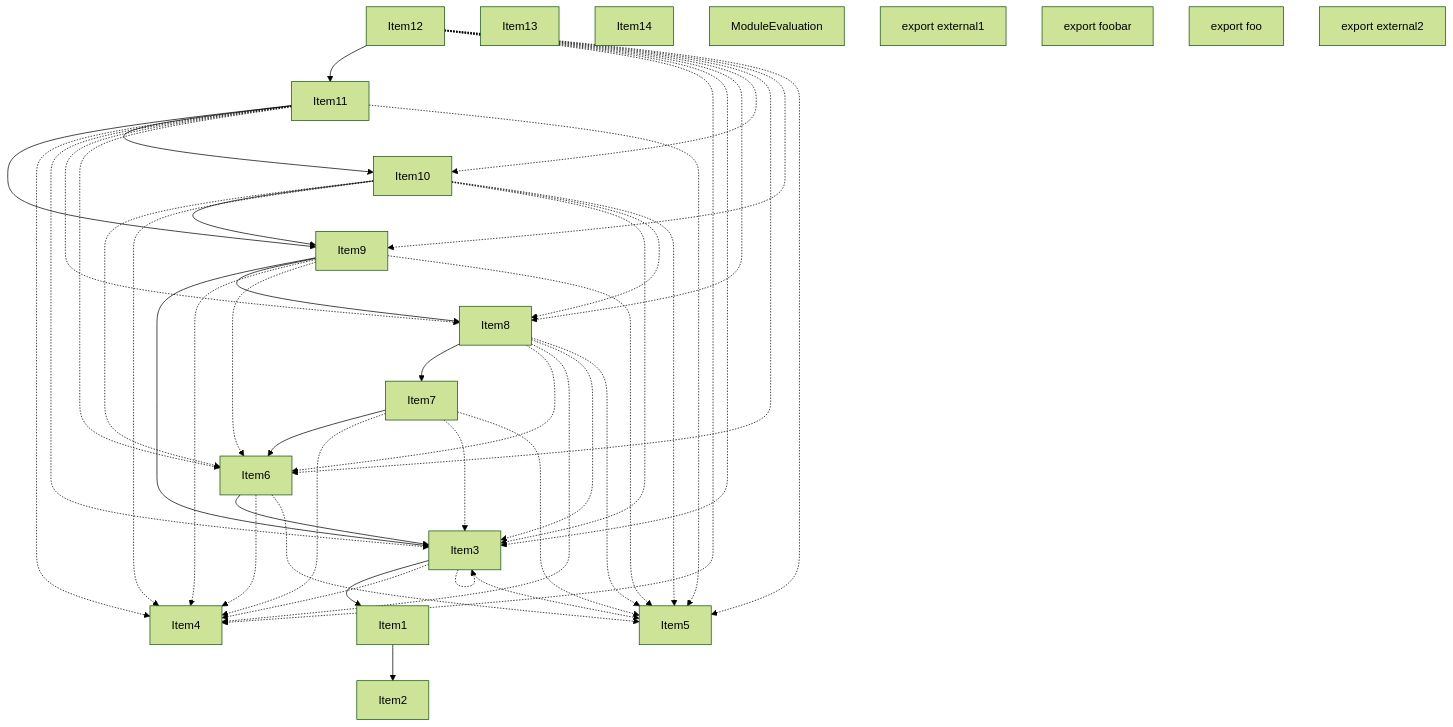
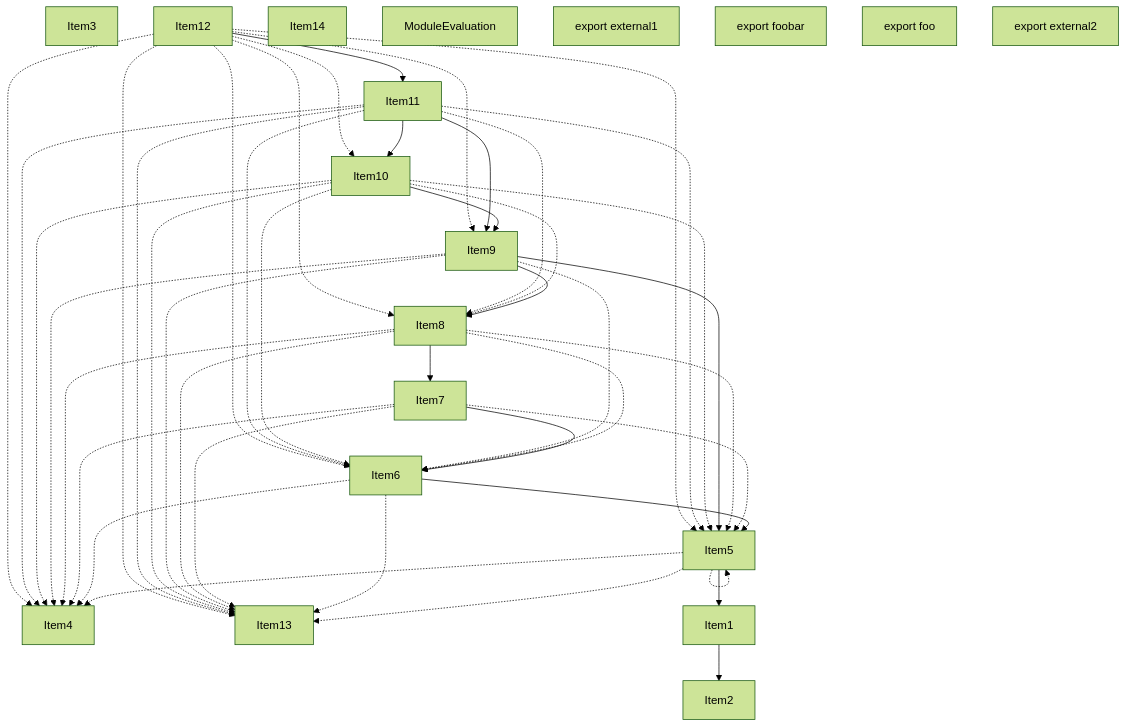
One commit to vercel/turborepo changed the second of 4 diagrams in crates/turbopack-ecmascript/tests/tree-shaker/analyzer/2/output.md. Above: the diagram before and after it, drawn with Mermaid (forest theme). The commit also changed other lines of this file and 3 other files, not shown here.

````diff
--- a/crates/turbopack-ecmascript/tests/tree-shaker/analyzer/2/output.md
+++ b/crates/turbopack-ecmascript/tests/tree-shaker/analyzer/2/output.md
@@ -180,70 +180,70 @@
 ```mermaid
 graph TD
-    Item1;
+    Item3;
     Item2;
-    Item3;
     Item4;
     Item5;
     Item6;
     Item7;
     Item8;
     Item9;
     Item10;
     Item11;
     Item12;
     Item13;
     Item14;
+    Item1;
     Item15;
     Item15["ModuleEvaluation"];
     Item16;
     Item16["export external1"];
     Item17;
     Item17["export foobar"];
     Item18;
     Item18["export foo"];
     Item19;
     Item19["export external2"];
     Item1 --> Item2;
-    Item3 --> Item1;
-    Item3 -.-> Item4;
-    Item3 -.-> Item3;
-    Item3 -.-> Item5;
-    Item6 --> Item3;
+    Item5 --> Item1;
+    Item5 -.-> Item13;
+    Item5 -.-> Item5;
+    Item5 -.-> Item4;
+    Item6 --> Item5;
+    Item6 -.-> Item13;
     Item6 -.-> Item4;
-    Item6 -.-> Item5;
     Item7 --> Item6;
+    Item7 -.-> Item13;
+    Item7 -.-> Item5;
     Item7 -.-> Item4;
-    Item7 -.-> Item3;
-    Item7 -.-> Item5;
     Item8 --> Item7;
     Item8 -.-> Item6;
+    Item8 -.-> Item13;
+    Item8 -.-> Item5;
     Item8 -.-> Item4;
-    Item8 -.-> Item3;
-    Item8 -.-> Item5;
-    Item9 --> Item3;
+    Item9 --> Item5;
     Item9 --> Item8;
+    Item9 -.-> Item13;
+    Item9 -.-> Item6;
     Item9 -.-> Item4;
-    Item9 -.-> Item6;
-    Item9 -.-> Item5;
     Item10 -.-> Item6;
     Item10 --> Item9;
+    Item10 -.-> Item13;
+    Item10 -.-> Item5;
+    Item10 -.-> Item8;
     Item10 -.-> Item4;
-    Item10 -.-> Item3;
-    Item10 -.-> Item8;
-    Item10 -.-> Item5;
     Item11 --> Item9;
     Item11 --> Item10;
-    Item11 -.-> Item4;
-    Item11 -.-> Item3;
+    Item11 -.-> Item13;
+    Item11 -.-> Item5;
     Item11 -.-> Item8;
     Item11 -.-> Item6;
-    Item11 -.-> Item5;
+    Item11 -.-> Item4;
     Item12 --> Item11;
-    Item12 -.-> Item4;
-    Item12 -.-> Item3;
+    Item12 -.-> Item13;
+    Item12 -.-> Item5;
     Item12 -.-> Item8;
     Item12 -.-> Item10;
     Item12 -.-> Item6;
     Item12 -.-> Item9;
-    Item12 -.-> Item5;
+    Item12 -.-> Item4;
 ```
````
